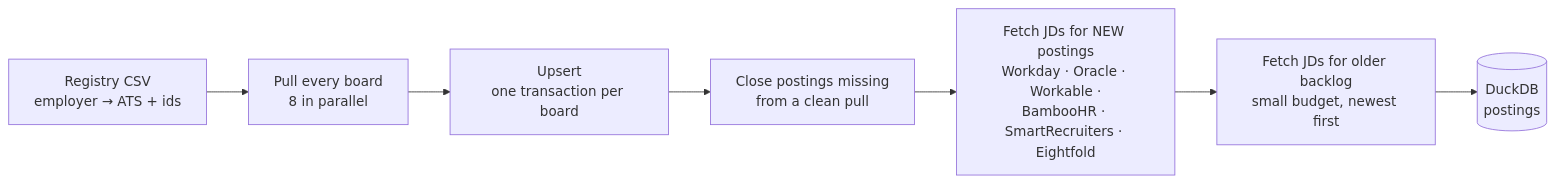
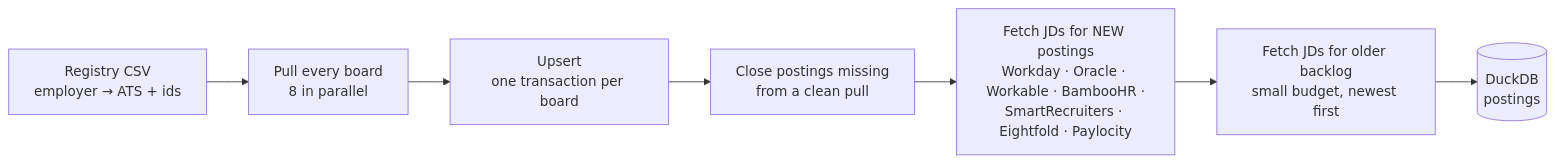
The diagram in README.md (BensonJT/requirements-fit-analyzer), drawn with Mermaid before and after one commit. The commit also changed other lines of this file and 4 other files, not shown here.

````diff
--- a/README.md
+++ b/README.md
@@ -20,9 +20,9 @@
 ```mermaid
 flowchart LR
     R[Registry CSV<br/>employer → ATS + ids] --> P[Pull every board<br/>8 in parallel]
     P --> U[Upsert<br/>one transaction per board]
     U --> C[Close postings missing<br/>from a clean pull]
-    C --> N[Fetch JDs for NEW postings<br/>Workday · Oracle · Workable ·<br/>BambooHR · SmartRecruiters · Eightfold]
+    C --> N[Fetch JDs for NEW postings<br/>Workday · Oracle · Workable · BambooHR ·<br/>SmartRecruiters · Eightfold · Paylocity]
     N --> B[Fetch JDs for older backlog<br/>small budget, newest first]
     B --> D[(DuckDB<br/>postings)]
 ```
````
